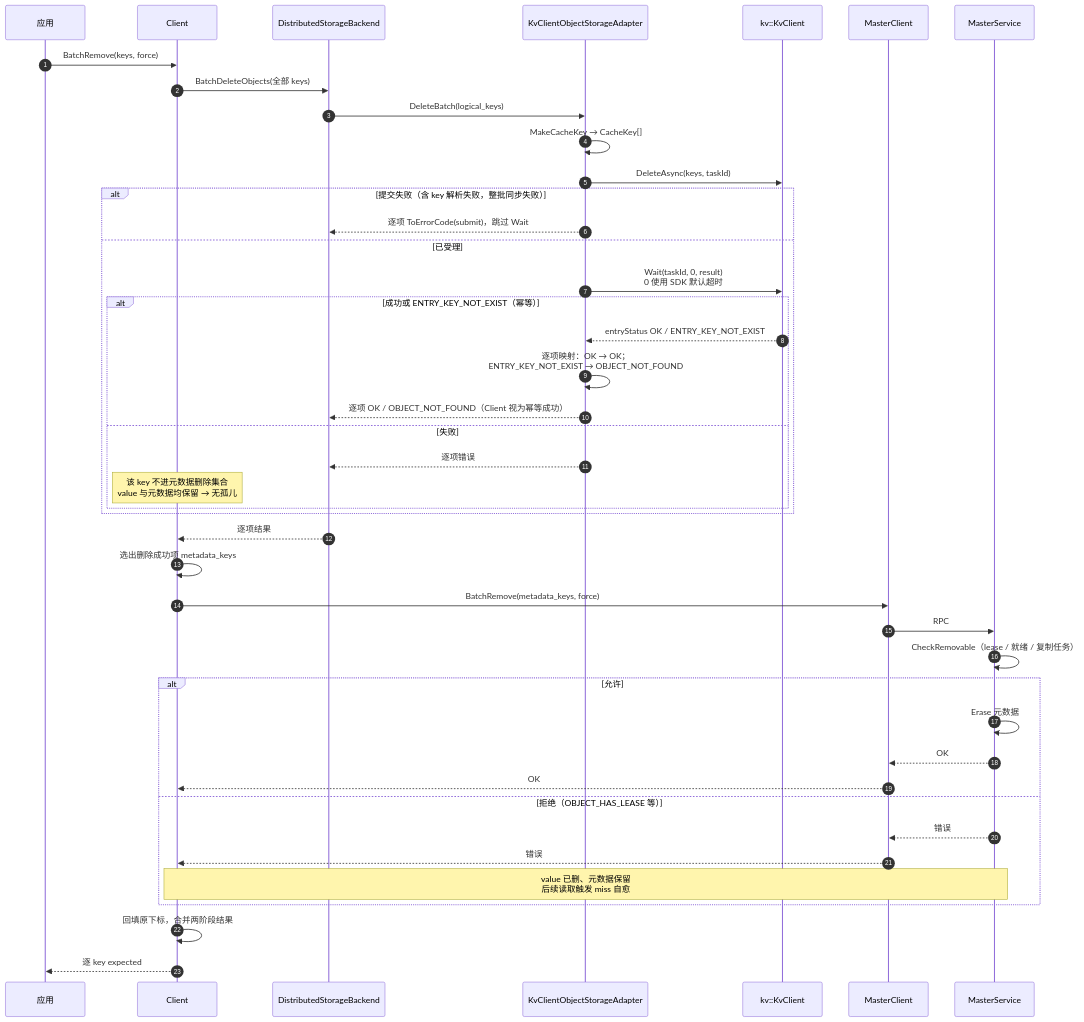
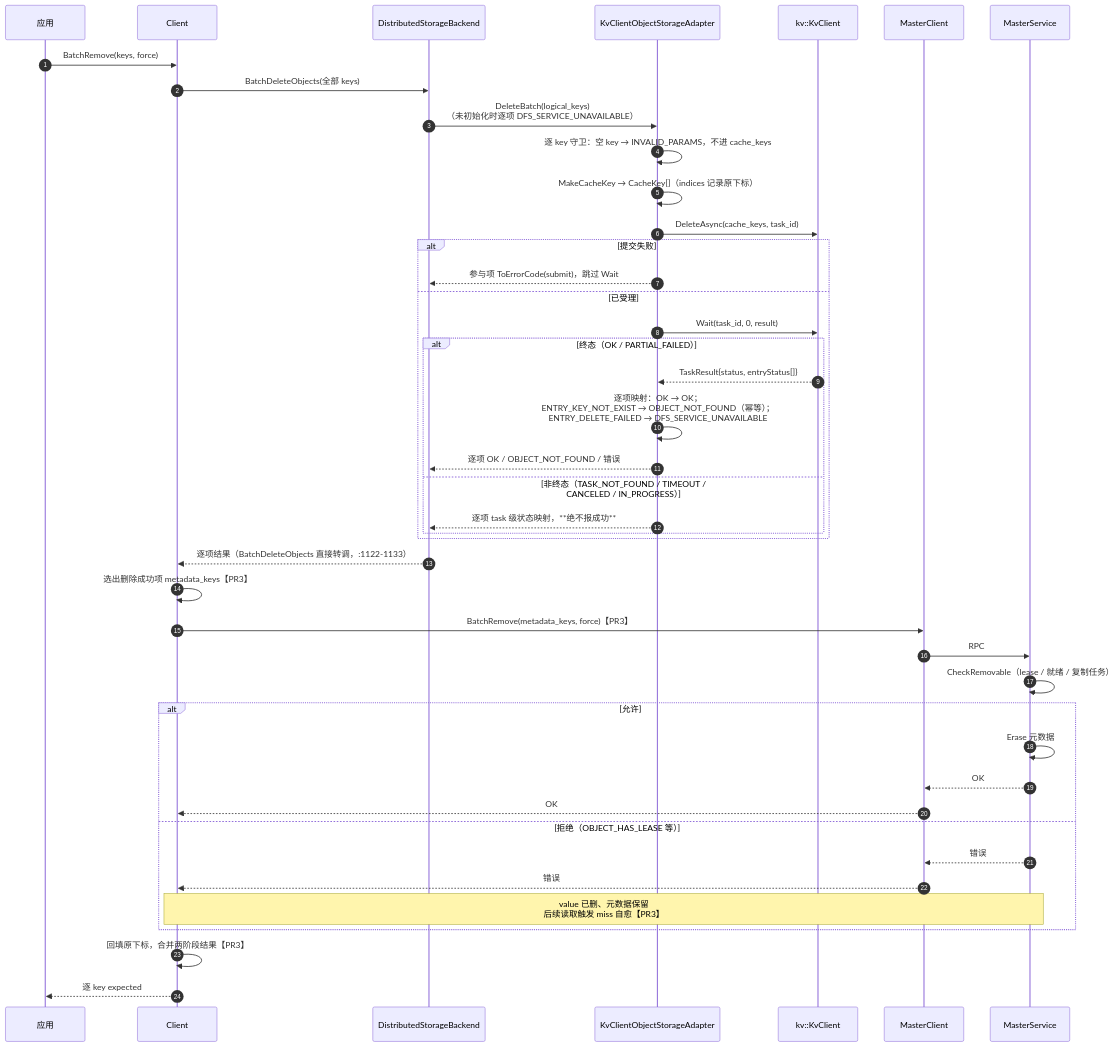
Diagram 11 of 13 in Mooncake + KVClient L3 接入（Kvcs）- v3.md (zwj20000328-dotcom/Mooncake-documents), drawn with Mermaid before and after one commit. The commit also changed other lines of this file, not shown here.

````diff
--- a/Mooncake + KVClient L3 接入（Kvcs）- v3.md
+++ b/Mooncake + KVClient L3 接入（Kvcs）- v3.md
@@ -691,46 +812,46 @@
 ```mermaid
 sequenceDiagram
     autonumber
     participant APP as 应用
     participant C as Client
     participant BE as DistributedStorageBackend
     participant AD as KvClientObjectStorageAdapter
     participant SDK as kv::KvClient
     participant MC as MasterClient
     participant M as MasterService
 
     APP->>C: BatchRemove(keys, force)
     C->>BE: BatchDeleteObjects(全部 keys)
-    BE->>AD: DeleteBatch(logical_keys)
-    AD->>AD: MakeCacheKey → CacheKey[]
-    AD->>SDK: DeleteAsync(keys, taskId)
-    alt 提交失败（含 key 解析失败，整批同步失败）
-        AD-->>BE: 逐项 ToErrorCode(submit)，跳过 Wait
+    BE->>AD: DeleteBatch(logical_keys)<br/>（未初始化时逐项 DFS_SERVICE_UNAVAILABLE）
+    AD->>AD: 逐 key 守卫：空 key → INVALID_PARAMS，不进 cache_keys
+    AD->>AD: MakeCacheKey → CacheKey[]（indices 记录原下标）
+    AD->>SDK: DeleteAsync(cache_keys, task_id)
+    alt 提交失败
+        AD-->>BE: 参与项 ToErrorCode(submit)，跳过 Wait
     else 已受理
-        AD->>SDK: Wait(taskId, 0, result)<br/>0 使用 SDK 默认超时
-        alt 成功或 ENTRY_KEY_NOT_EXIST（幂等）
-            SDK-->>AD: entryStatus OK / ENTRY_KEY_NOT_EXIST
-            AD->>AD: 逐项映射：OK → OK；<br/>ENTRY_KEY_NOT_EXIST → OBJECT_NOT_FOUND
-            AD-->>BE: 逐项 OK / OBJECT_NOT_FOUND（Client 视为幂等成功）
-        else 失败
-            AD-->>BE: 逐项错误
-            Note over C: 该 key 不进元数据删除集合<br/>value 与元数据均保留 → 无孤儿
+        AD->>SDK: Wait(task_id, 0, result)
+        alt 终态（OK / PARTIAL_FAILED）
+            SDK-->>AD: TaskResult{status, entryStatus[]}
+            AD->>AD: 逐项映射：OK → OK；<br/>ENTRY_KEY_NOT_EXIST → OBJECT_NOT_FOUND（幂等）；<br/>ENTRY_DELETE_FAILED → DFS_SERVICE_UNAVAILABLE
+            AD-->>BE: 逐项 OK / OBJECT_NOT_FOUND / 错误
+        else 非终态（TASK_NOT_FOUND / TIMEOUT / CANCELED / IN_PROGRESS）
+            AD-->>BE: 逐项 task 级状态映射，**绝不报成功**
         end
     end
-    BE-->>C: 逐项结果
-    C->>C: 选出删除成功项 metadata_keys
-    C->>MC: BatchRemove(metadata_keys, force)
+    BE-->>C: 逐项结果（BatchDeleteObjects 直接转调，:1122-1133）
+    C->>C: 选出删除成功项 metadata_keys【PR3】
+    C->>MC: BatchRemove(metadata_keys, force)【PR3】
     MC->>M: RPC
     M->>M: CheckRemovable（lease / 就绪 / 复制任务）
     alt 允许
         M->>M: Erase 元数据
         M-->>MC: OK
         MC-->>C: OK
     else 拒绝（OBJECT_HAS_LEASE 等）
         M-->>MC: 错误
         MC-->>C: 错误
-        Note over C,M:  value 已删、元数据保留<br/>后续读取触发 miss 自愈
+        Note over C,M:  value 已删、元数据保留<br/>后续读取触发 miss 自愈【PR3】
     end
-    C->>C: 回填原下标，合并两阶段结果
+    C->>C: 回填原下标，合并两阶段结果【PR3】
     C-->>APP: 逐 key expected
 ```
````
